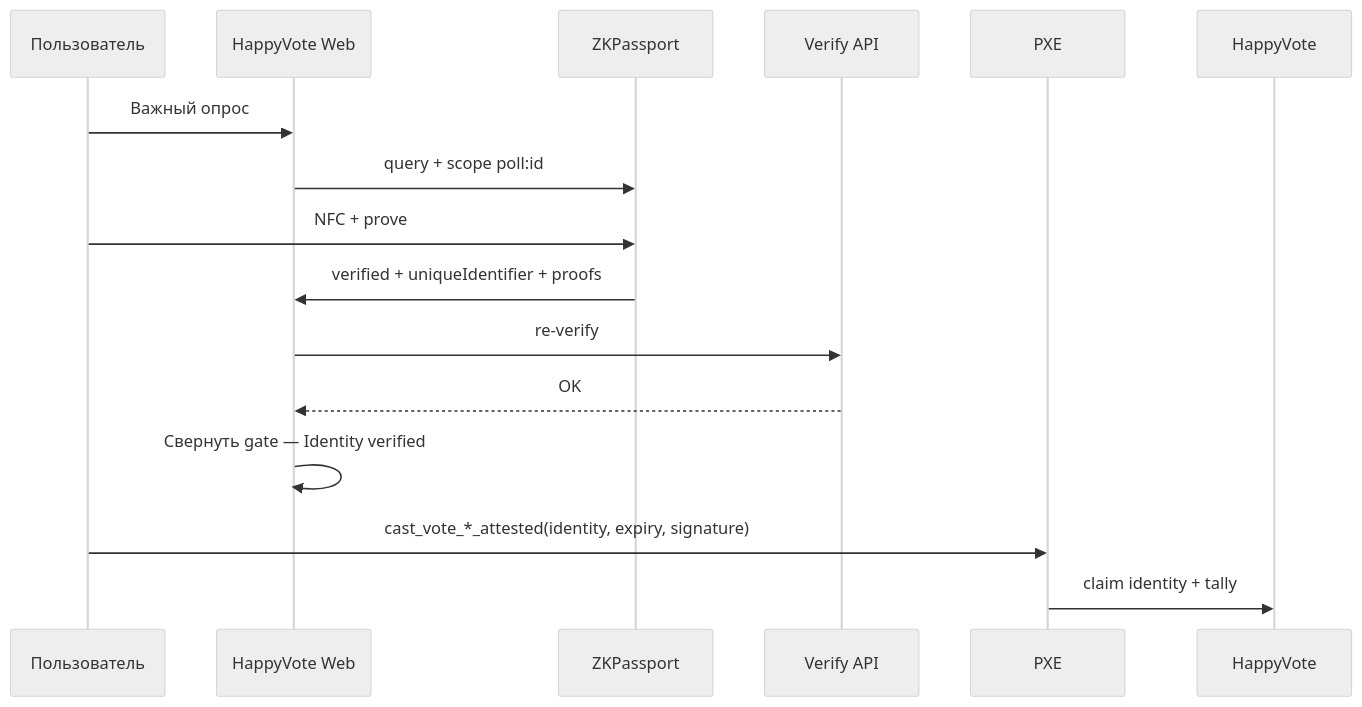
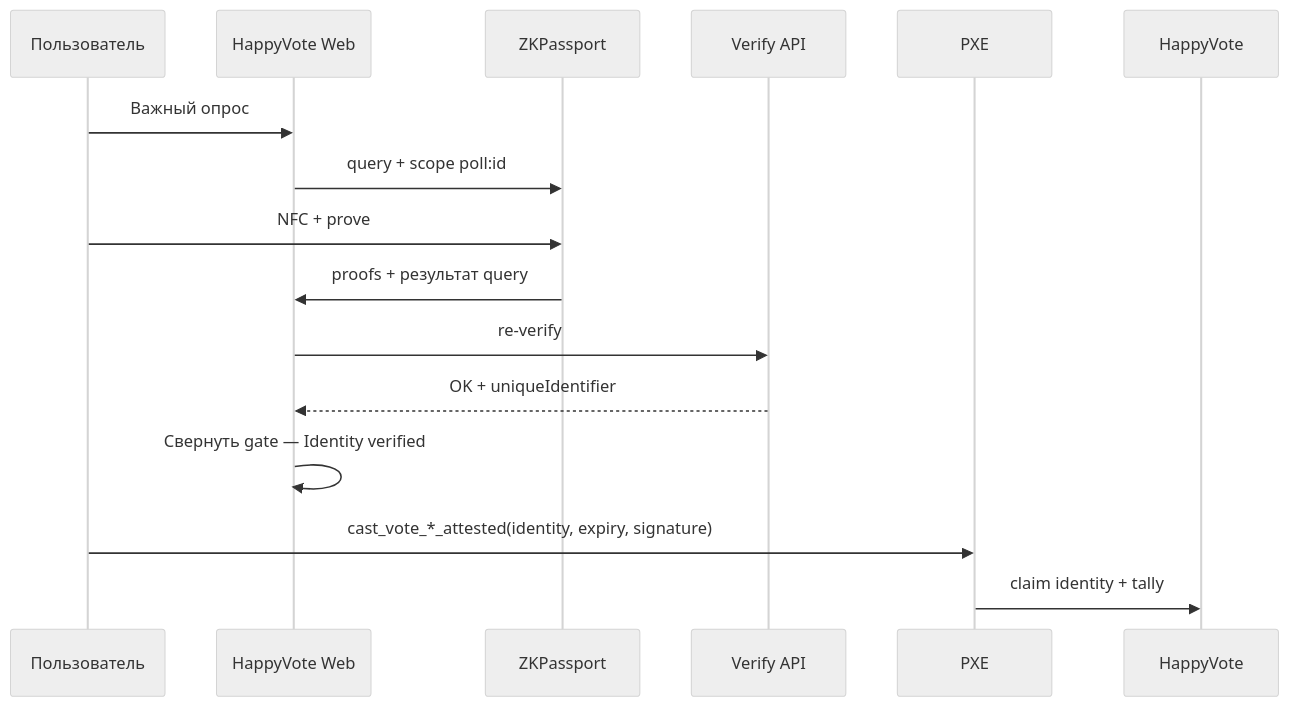
One commit to pittpv/happy-vote-aztec changed the diagram in docs/ru/04-ZKPASSPORT.md. Above: the diagram before and after it, drawn with Mermaid (neutral theme). The commit also changed other lines of this file and 19 other files, not shown here.

````diff
--- a/docs/ru/04-ZKPASSPORT.md
+++ b/docs/ru/04-ZKPASSPORT.md
@@ -34,19 +54,19 @@
 ```mermaid
 sequenceDiagram
   participant U as Пользователь
   participant UI as HappyVote Web
   participant Z as ZKPassport
   participant API as Verify API
   participant PXE as PXE
   participant C as HappyVote
 
   U->>UI: Важный опрос
   UI->>Z: query + scope poll:id
   U->>Z: NFC + prove
-  Z->>UI: verified + uniqueIdentifier + proofs
+  Z->>UI: proofs + результат query
   UI->>API: re-verify
-  API-->>UI: OK
+  API-->>UI: OK + uniqueIdentifier
   UI->>UI: Свернуть gate — Identity verified
   U->>PXE: cast_vote_*_attested(identity, expiry, signature)
   PXE->>C: claim identity + tally
 ```
````
